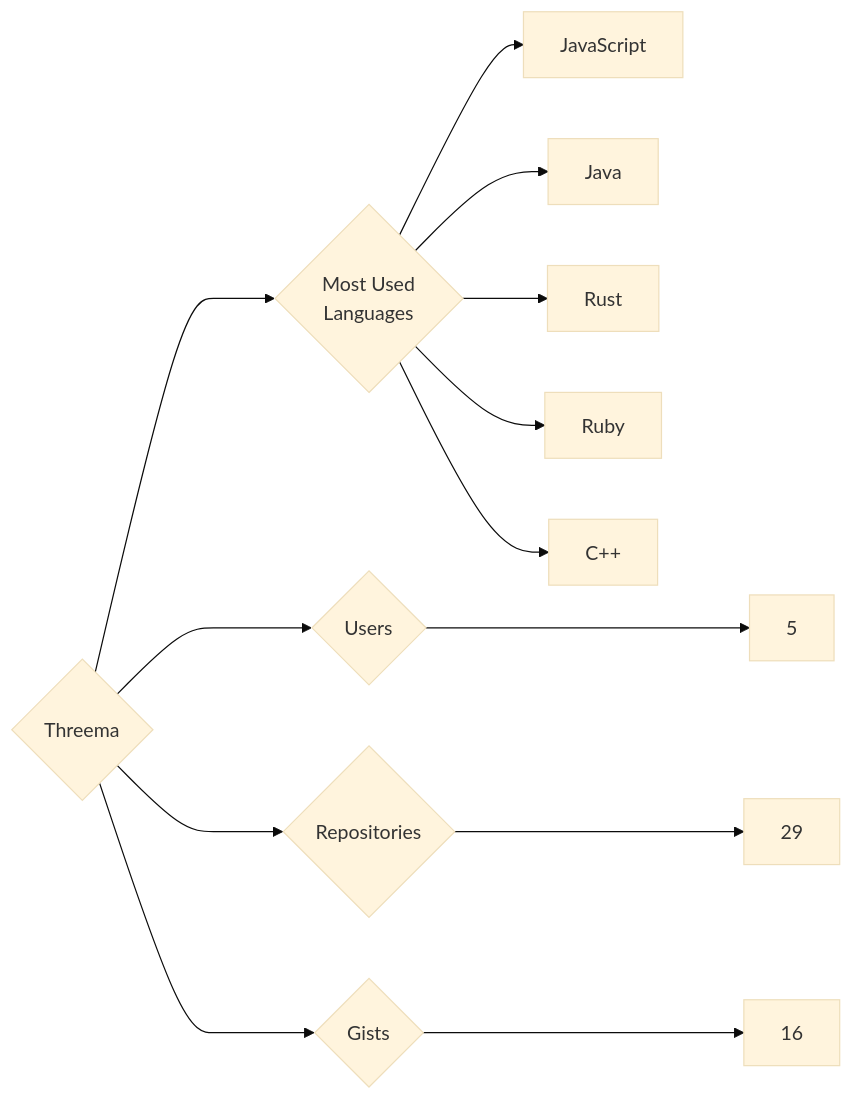
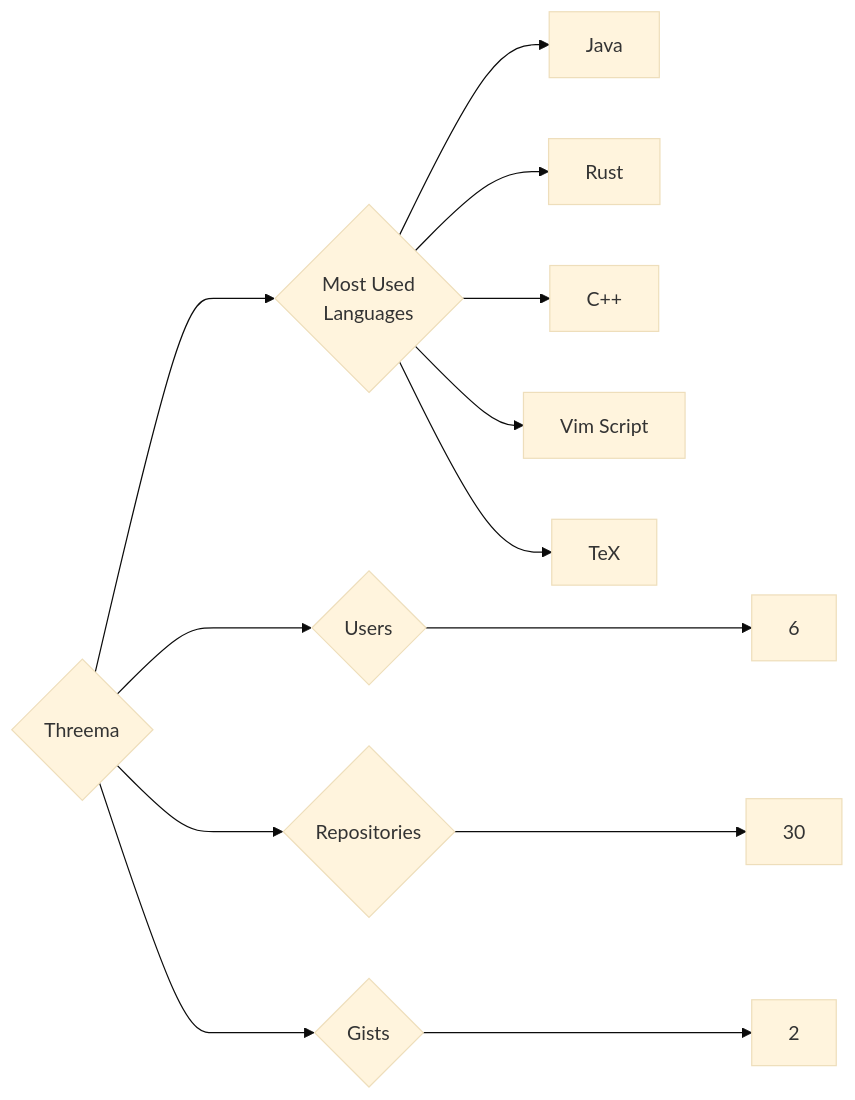
One commit to trickest/insiders changed the diagram in targets/Threema/README.md. Above: the diagram before and after it, drawn with Mermaid (base theme). The commit also changed 1496 other files, not shown here.

````diff
--- a/targets/Threema/README.md
+++ b/targets/Threema/README.md
@@ -3,13 +3,13 @@
 ```mermaid
 graph LR
 COMPANY_NAME{Threema}
-COMPANY_NAME ---> U{Users} ---> UN[5]
-COMPANY_NAME ---> R{Repositories} ---> RN[29]
-COMPANY_NAME ---> G{Gists} ---> GN[16]
+COMPANY_NAME ---> U{Users} ---> UN[6]
+COMPANY_NAME ---> R{Repositories} ---> RN[30]
+COMPANY_NAME ---> G{Gists} ---> GN[2]
 COMPANY_NAME ---> ML{Most Used<br>Languages}
-ML --> JavaScript[JavaScript]
 ML --> Java[Java]
 ML --> Rust[Rust]
-ML --> Ruby[Ruby]
 ML --> C++[C++]
+ML --> Vim_Script[Vim Script]
+ML --> TeX[TeX]
 ```
````
